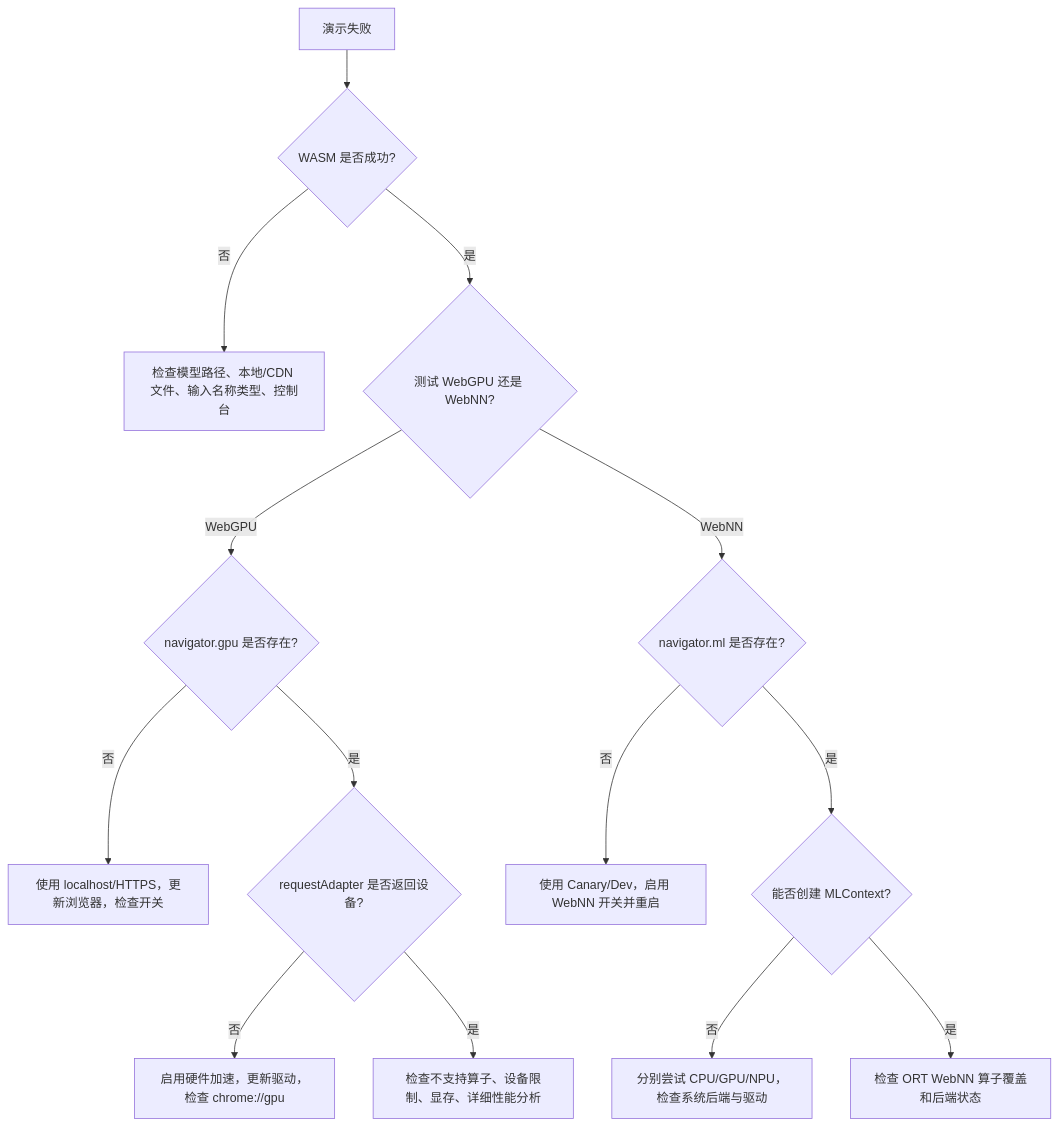
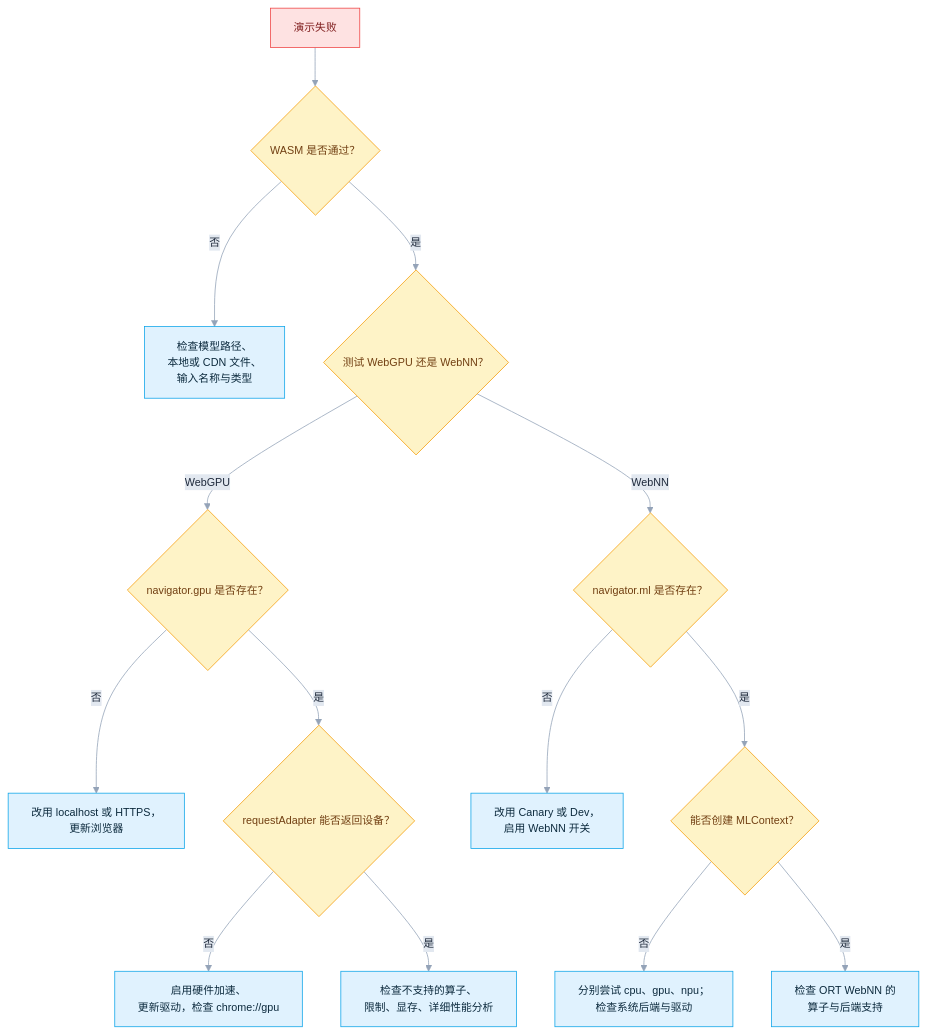
Before and after one commit to DakeQQ/Tutorial-ONNX-Runtime-Execution-Providers: the seventh of 7 diagrams in WebGPU/README.zh-CN.md, drawn with Mermaid. The commit also changed other lines of this file and 15 other files, not shown here.

````diff
--- a/WebGPU/README.zh-CN.md
+++ b/WebGPU/README.zh-CN.md
@@ -722,16 +873,24 @@
 ```mermaid
+%%{init: {"theme":"base","themeVariables":{"fontSize":"14px","lineColor":"#94a3b8","edgeLabelBackground":"#e2e8f0","primaryTextColor":"#1e293b"}}}%%
 flowchart TD
-    A[演示失败] --> B{WASM 是否成功?}
-    B -->|否| C[检查模型路径、本地/CDN 文件、输入名称类型、控制台]
-    B -->|是| D{测试 WebGPU 还是 WebNN?}
-    D -->|WebGPU| E{navigator.gpu 是否存在?}
-    E -->|否| F[使用 localhost/HTTPS，更新浏览器，检查开关]
-    E -->|是| G{requestAdapter 是否返回设备?}
-    G -->|否| H[启用硬件加速，更新驱动，检查 chrome://gpu]
-    G -->|是| I[检查不支持算子、设备限制、显存、详细性能分析]
-    D -->|WebNN| J{navigator.ml 是否存在?}
-    J -->|否| K[使用 Canary/Dev，启用 WebNN 开关并重启]
-    J -->|是| L{能否创建 MLContext?}
-    L -->|否| M[分别尝试 CPU/GPU/NPU，检查系统后端与驱动]
-    L -->|是| N[检查 ORT WebNN 算子覆盖和后端状态]
+    A["演示失败"] --> B{"WASM 是否通过？"}
+    B -->|否| C["检查模型路径、<br/>本地或 CDN 文件、<br/>输入名称与类型"]
+    B -->|是| D{"测试 WebGPU 还是 WebNN？"}
+    D -->|WebGPU| E{"navigator.gpu 是否存在？"}
+    E -->|否| F["改用 localhost 或 HTTPS，<br/>更新浏览器"]
+    E -->|是| G{"requestAdapter 能否返回设备？"}
+    G -->|否| H["启用硬件加速、<br/>更新驱动，检查 chrome://gpu"]
+    G -->|是| I["检查不支持的算子、<br/>限制、显存、详细性能分析"]
+    D -->|WebNN| J{"navigator.ml 是否存在？"}
+    J -->|否| K["改用 Canary 或 Dev，<br/>启用 WebNN 开关"]
+    J -->|是| L{"能否创建 MLContext？"}
+    L -->|否| M["分别尝试 cpu、gpu、npu；<br/>检查系统后端与驱动"]
+    L -->|是| N["检查 ORT WebNN 的<br/>算子与后端支持"]
+
+    classDef bad fill:#fee2e2,stroke:#ef4444,color:#7f1d1d;
+    classDef dec fill:#fef3c7,stroke:#f59e0b,color:#713f12;
+    classDef step fill:#e0f2fe,stroke:#0ea5e9,color:#0c2a3d;
+    class A bad;
+    class B,D,E,G,J,L dec;
+    class C,F,H,I,K,M,N step;
 ```
````
